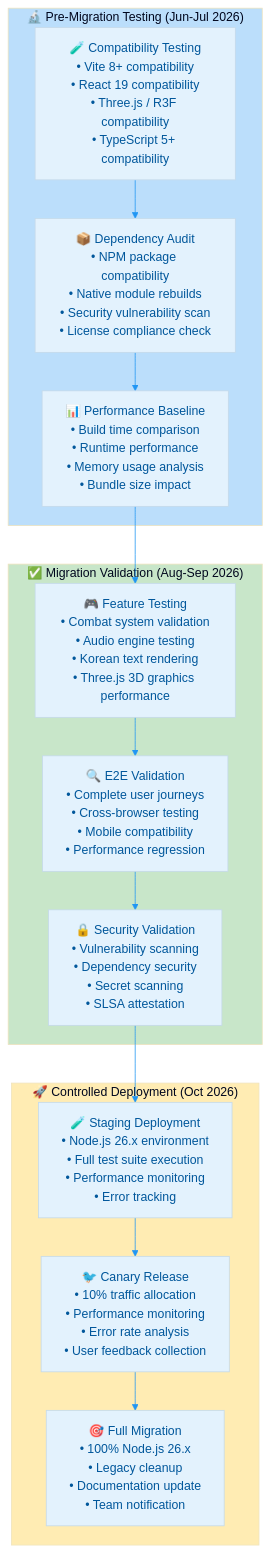
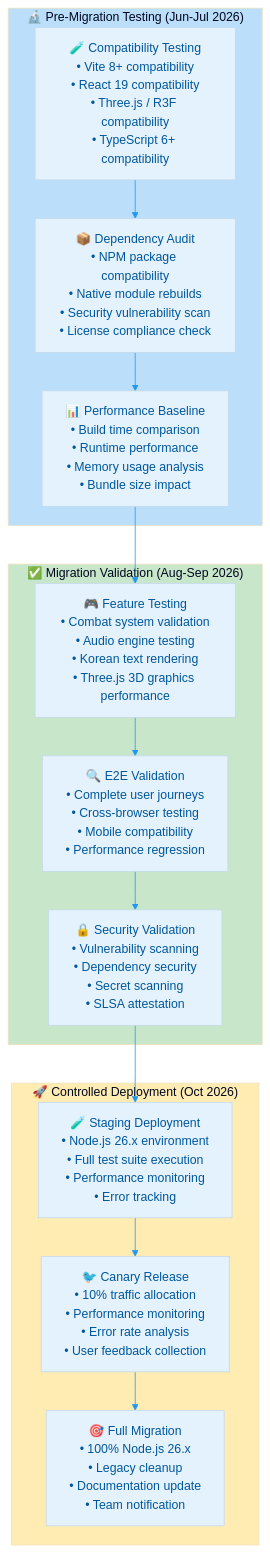
One commit to Hack23/blacktrigram changed the third of 8 diagrams in End-of-Life-Strategy.md. Above: the diagram before and after it, drawn with Mermaid. The commit also changed other lines of this file and 34 other files, not shown here.

First line of the commit message:
chore: upgrade TypeScript 5.9.3 → 6.0.2 with TS6 breaking change fixes and documentation updates

````diff
--- a/End-of-Life-Strategy.md
+++ b/End-of-Life-Strategy.md
@@ -252,45 +252,45 @@
 ```mermaid
 %%{
   init: {
     'theme': 'base',
     'themeVariables': {
       'primaryColor': '#e3f2fd',
       'primaryTextColor': '#01579b',
       'lineColor': '#2196f3',
       'secondaryColor': '#f1f8e9',
       'tertiaryColor': '#fff8e1'
     }
   }
 }%%
 flowchart TB
     subgraph PREPARATION["🔬 Pre-Migration Testing (Jun-Jul 2026)"]
-        COMPAT_TEST["🧪 Compatibility Testing<br/>• Vite 8+ compatibility<br/>• React 19 compatibility<br/>• Three.js / R3F compatibility<br/>• TypeScript 5+ compatibility"]
+        COMPAT_TEST["🧪 Compatibility Testing<br/>• Vite 8+ compatibility<br/>• React 19 compatibility<br/>• Three.js / R3F compatibility<br/>• TypeScript 6+ compatibility"]
         DEP_AUDIT["📦 Dependency Audit<br/>• NPM package compatibility<br/>• Native module rebuilds<br/>• Security vulnerability scan<br/>• License compliance check"]
         PERF_BASELINE["📊 Performance Baseline<br/>• Build time comparison<br/>• Runtime performance<br/>• Memory usage analysis<br/>• Bundle size impact"]
     end
 
     subgraph VALIDATION["✅ Migration Validation (Aug-Sep 2026)"]
         FEATURE_TEST["🎮 Feature Testing<br/>• Combat system validation<br/>• Audio engine testing<br/>• Korean text rendering<br/>• Three.js 3D graphics performance"]
         E2E_VALIDATION["🔍 E2E Validation<br/>• Complete user journeys<br/>• Cross-browser testing<br/>• Mobile compatibility<br/>• Performance regression"]
         SECURITY_SCAN["🔒 Security Validation<br/>• Vulnerability scanning<br/>• Dependency security<br/>• Secret scanning<br/>• SLSA attestation"]
     end
 
     subgraph DEPLOYMENT["🚀 Controlled Deployment (Oct 2026)"]
         STAGING_DEPLOY["🧪 Staging Deployment<br/>• Node.js 26.x environment<br/>• Full test suite execution<br/>• Performance monitoring<br/>• Error tracking"]
         CANARY_RELEASE["🐦 Canary Release<br/>• 10% traffic allocation<br/>• Performance monitoring<br/>• Error rate analysis<br/>• User feedback collection"]
         FULL_MIGRATION["🎯 Full Migration<br/>• 100% Node.js 26.x<br/>• Legacy cleanup<br/>• Documentation update<br/>• Team notification"]
     end
 
     COMPAT_TEST --> DEP_AUDIT
     DEP_AUDIT --> PERF_BASELINE
     PERF_BASELINE --> FEATURE_TEST
     FEATURE_TEST --> E2E_VALIDATION
     E2E_VALIDATION --> SECURITY_SCAN
     SECURITY_SCAN --> STAGING_DEPLOY
     STAGING_DEPLOY --> CANARY_RELEASE
     CANARY_RELEASE --> FULL_MIGRATION
 
     style PREPARATION fill:#bbdefb
     style VALIDATION fill:#c8e6c9
     style DEPLOYMENT fill:#ffecb3
 ```
````
